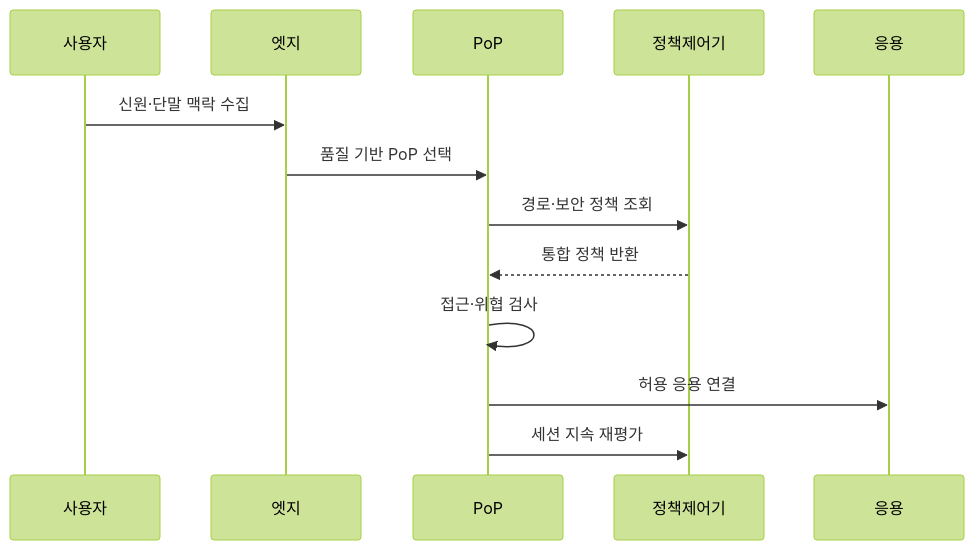
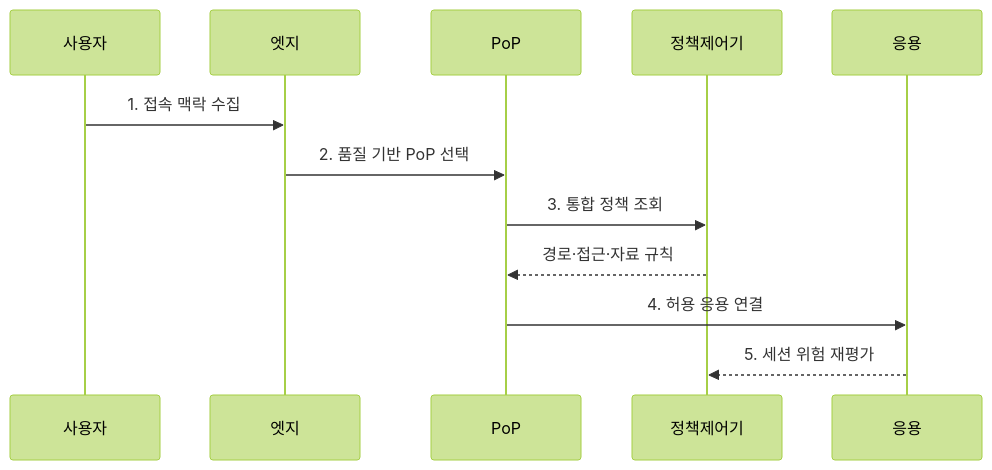
One commit to agnusdei1207/knowledge-base changed the second of 2 diagrams in src/content/docs/notes/04-network/090_sase.md. Above: the diagram before and after it, drawn with Mermaid (forest theme). The commit also changed other lines of this file and 21 other files, not shown here.

````diff
--- a/src/content/docs/notes/04-network/090_sase.md
+++ b/src/content/docs/notes/04-network/090_sase.md
@@ -79,15 +76,14 @@
 ```mermaid
 sequenceDiagram
     participant 사용자
     participant 엣지
     participant PoP
     participant 정책제어기
     participant 응용
-    사용자->>엣지: 신원·단말 맥락 수집
-    엣지->>PoP: 품질 기반 PoP 선택
-    PoP->>정책제어기: 경로·보안 정책 조회
-    정책제어기-->>PoP: 통합 정책 반환
-    PoP->>PoP: 접근·위협 검사
-    PoP->>응용: 허용 응용 연결
-    PoP->>정책제어기: 세션 지속 재평가
+    사용자->>엣지: 1. 접속 맥락 수집
+    엣지->>PoP: 2. 품질 기반 PoP 선택
+    PoP->>정책제어기: 3. 통합 정책 조회
+    정책제어기-->>PoP: 경로·접근·자료 규칙
+    PoP->>응용: 4. 허용 응용 연결
+    응용-->>정책제어기: 5. 세션 위험 재평가
 ```
````
